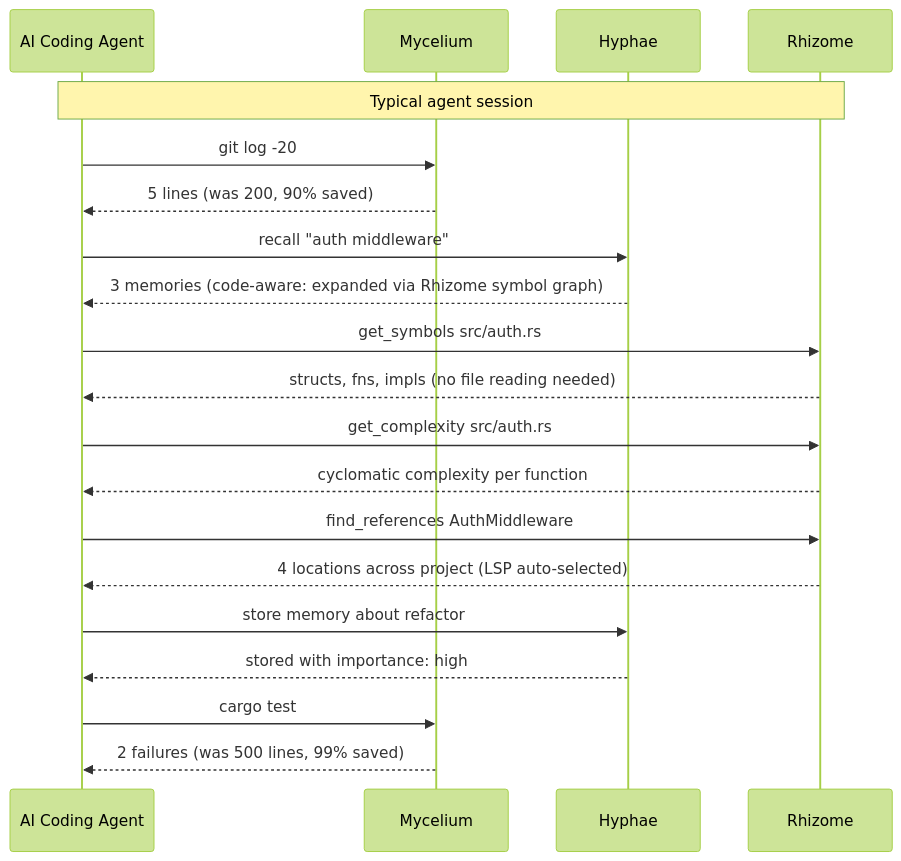
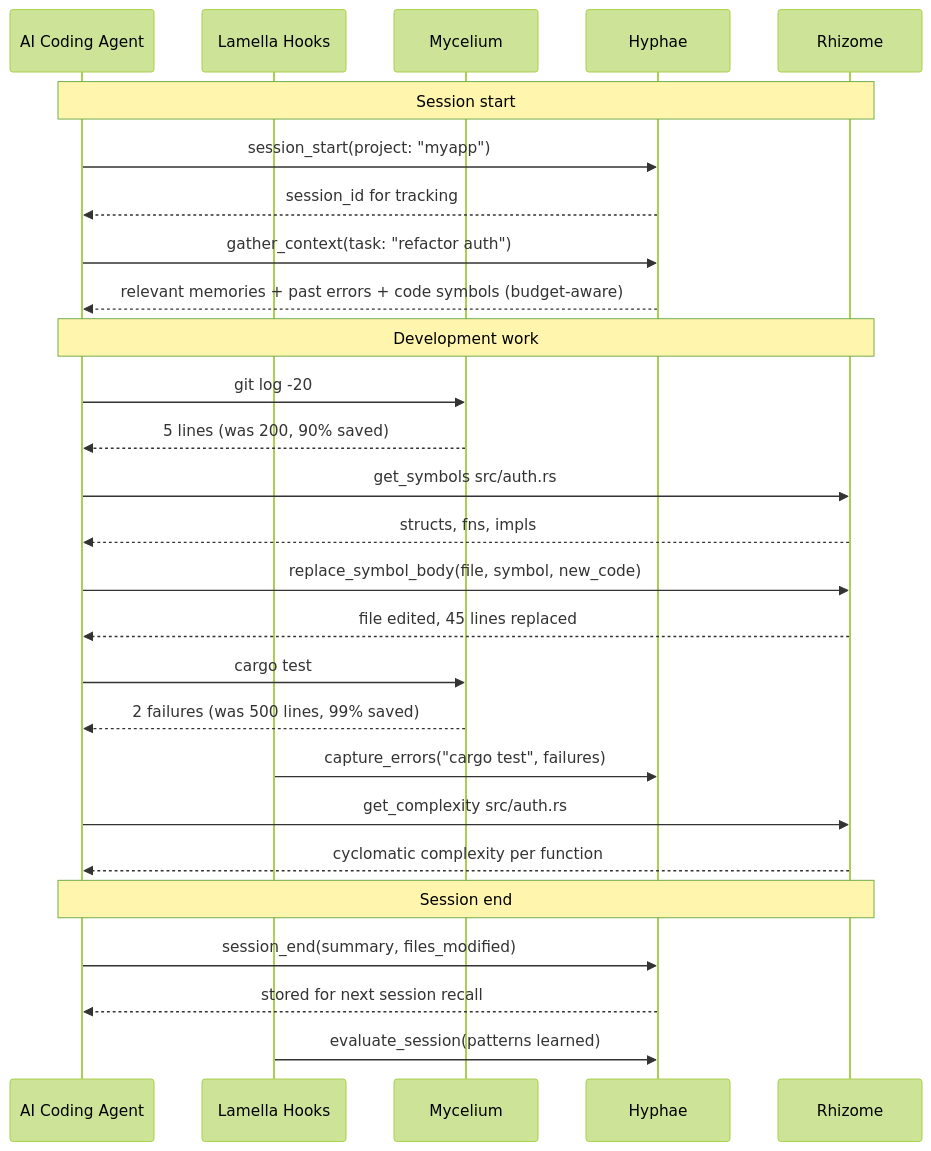
Before and after one commit to basidiocarp/.github: the second of 2 diagrams in profile/README.md, drawn with Mermaid (forest theme). The commit also changed other lines of this file, not shown here.

````diff
--- a/profile/README.md
+++ b/profile/README.md
@@ -111,30 +124,40 @@
 ```mermaid
 sequenceDiagram
     participant Agent as AI Coding Agent
+    participant L as Lamella Hooks
     participant M as Mycelium
     participant H as Hyphae
     participant R as Rhizome
 
-    Note over Agent,R: Typical agent session
+    Note over Agent,R: Session start
+
+    Agent->>H: session_start(project: "myapp")
+    H-->>Agent: session_id for tracking
+
+    Agent->>H: gather_context(task: "refactor auth")
+    H-->>Agent: relevant memories + past errors + code symbols (budget-aware)
+
+    Note over Agent,R: Development work
 
     Agent->>M: git log -20
     M-->>Agent: 5 lines (was 200, 90% saved)
 
-    Agent->>H: recall "auth middleware"
-    H-->>Agent: 3 memories (code-aware: expanded via Rhizome symbol graph)
+    Agent->>R: get_symbols src/auth.rs
+    R-->>Agent: structs, fns, impls
 
-    Agent->>R: get_symbols src/auth.rs
-    R-->>Agent: structs, fns, impls (no file reading needed)
+    Agent->>R: replace_symbol_body(file, symbol, new_code)
+    R-->>Agent: file edited, 45 lines replaced
+
+    Agent->>M: cargo test
+    M-->>Agent: 2 failures (was 500 lines, 99% saved)
+    L->>H: capture_errors("cargo test", failures)
 
     Agent->>R: get_complexity src/auth.rs
     R-->>Agent: cyclomatic complexity per function
 
-    Agent->>R: find_references AuthMiddleware
-    R-->>Agent: 4 locations across project (LSP auto-selected)
+    Note over Agent,R: Session end
 
-    Agent->>H: store memory about refactor
-    H-->>Agent: stored with importance: high
-
-    Agent->>M: cargo test
-    M-->>Agent: 2 failures (was 500 lines, 99% saved)
+    Agent->>H: session_end(summary, files_modified)
+    H-->>Agent: stored for next session recall
+    L->>H: evaluate_session(patterns learned)
 ```
````
